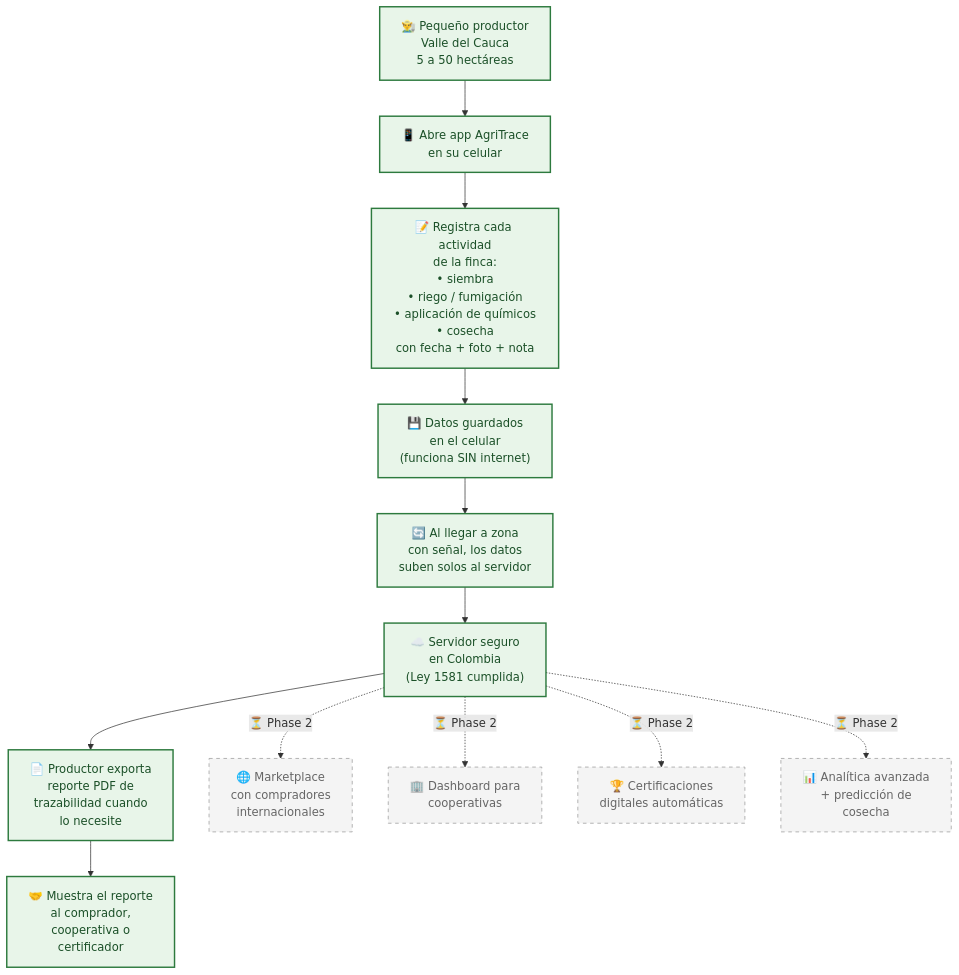
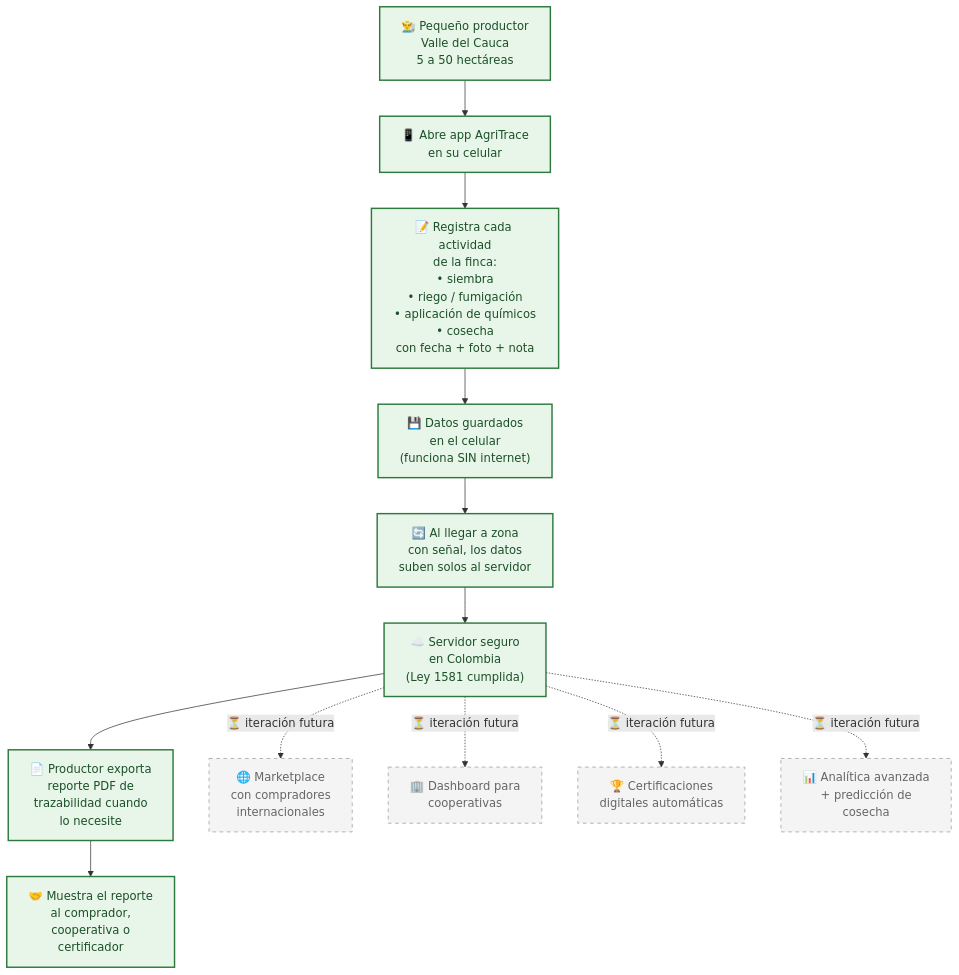
Before and after one commit to diegotrujillor/agritrace-docs: the diagram in README.md, drawn with Mermaid. The commit also changed other lines of this file and 18 other files, not shown here.

````diff
--- a/README.md
+++ b/README.md
@@ -11,36 +11,36 @@
 ```mermaid
 flowchart TD
     A["👨‍🌾 Pequeño productor<br/>Valle del Cauca<br/>5 a 50 hectáreas"]
     B["📱 Abre app AgriTrace<br/>en su celular"]
     C["📝 Registra cada actividad<br/>de la finca:<br/>• siembra<br/>• riego / fumigación<br/>• aplicación de químicos<br/>• cosecha<br/>con fecha + foto + nota"]
     D["💾 Datos guardados<br/>en el celular<br/>(funciona SIN internet)"]
     E["🔄 Al llegar a zona<br/>con señal, los datos<br/>suben solos al servidor"]
     F["☁️ Servidor seguro<br/>en Colombia<br/>(Ley 1581 cumplida)"]
     G["📄 Productor exporta<br/>reporte PDF de<br/>trazabilidad cuando<br/>lo necesite"]
     H["🤝 Muestra el reporte<br/>al comprador,<br/>cooperativa o<br/>certificador"]
 
     A --> B
     B --> C
     C --> D
     D --> E
     E --> F
     F --> G
     G --> H
 
-    %% Phase 2 — futuras evoluciones (no incluidas en MVP)
+    %% iteración futura — futuras evoluciones (no incluidas en MVP)
     P2A["🌐 Marketplace<br/>con compradores<br/>internacionales"]
     P2B["🏢 Dashboard para<br/>cooperativas"]
     P2C["🏆 Certificaciones<br/>digitales automáticas"]
     P2D["📊 Analítica avanzada<br/>+ predicción de<br/>cosecha"]
 
-    F -.->|"⏳ Phase 2"| P2A
-    F -.->|"⏳ Phase 2"| P2B
-    F -.->|"⏳ Phase 2"| P2C
-    F -.->|"⏳ Phase 2"| P2D
+    F -.->|"⏳ iteración futura"| P2A
+    F -.->|"⏳ iteración futura"| P2B
+    F -.->|"⏳ iteración futura"| P2C
+    F -.->|"⏳ iteración futura"| P2D
 
     classDef mvp fill:#E8F5E9,stroke:#2D7A3E,stroke-width:2px,color:#1B5028
-    classDef phase2 fill:#F4F4F4,stroke:#999,stroke-dasharray:5 5,color:#666
+    classDef deferred fill:#F4F4F4,stroke:#999,stroke-dasharray:5 5,color:#666
 
     class A,B,C,D,E,F,G,H mvp
-    class P2A,P2B,P2C,P2D phase2
+    class P2A,P2B,P2C,P2D deferred
 ```
````
